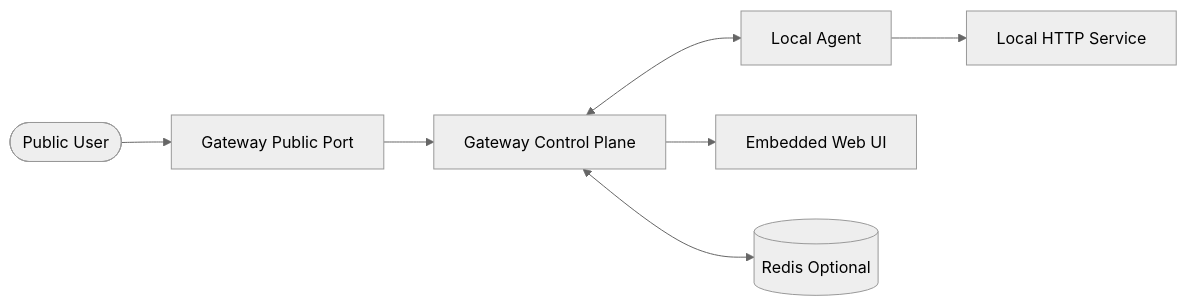
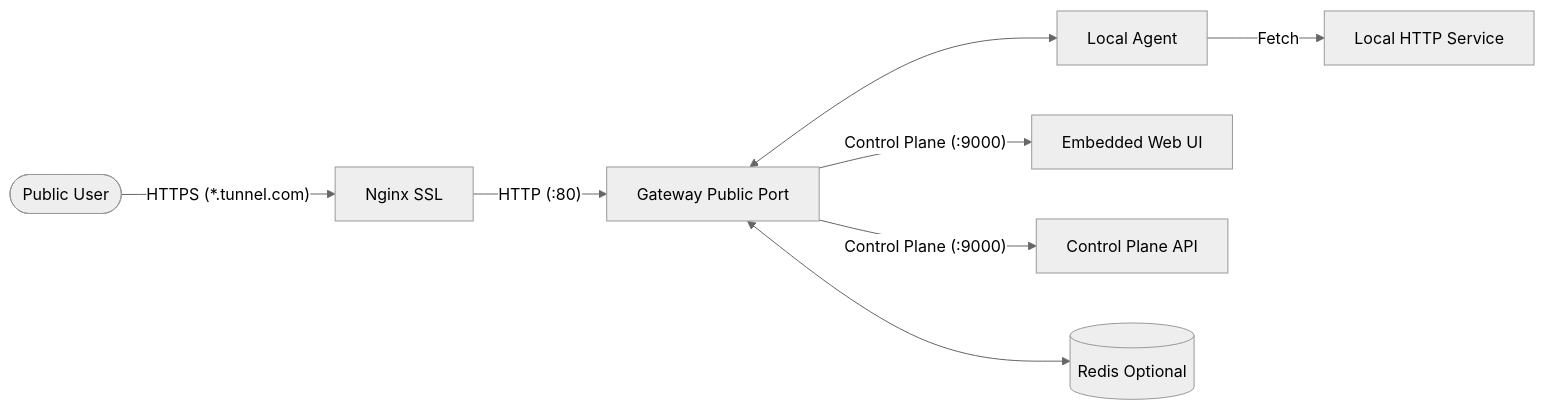
One commit to burmeseitman/bar-meet-tunnel changed the diagram in README.md. Above: the diagram before and after it, drawn with Mermaid (neutral theme). The commit also changed other lines of this file, not shown here.

````diff
--- a/README.md
+++ b/README.md
@@ -20,9 +25,10 @@
 ```mermaid
 graph LR
-    User([Public User]) --> GatewayPublic[Gateway Public Port]
-    GatewayPublic --> GatewayControl[Gateway Control Plane]
-    GatewayControl <--> Agent[Local Agent]
-    Agent --> Local[Local HTTP Service]
-    GatewayControl --> UI[Embedded Web UI]
-    GatewayControl <--> Redis[(Redis Optional)]
+    User([Public User]) -- "HTTPS (*.tunnel.com)" --> Nginx[Nginx SSL]
+    Nginx -- "HTTP (:80)" --> Gateway[Gateway Public Port]
+    Gateway <--> Agent[Local Agent]
+    Gateway -- "Control Plane (:9000)" --> UI[Embedded Web UI]
+    Gateway -- "Control Plane (:9000)" --> API[Control Plane API]
+    Agent -- "Fetch" --> Local[Local HTTP Service]
+    Gateway <--> Redis[(Redis Optional)]
 ```
````
